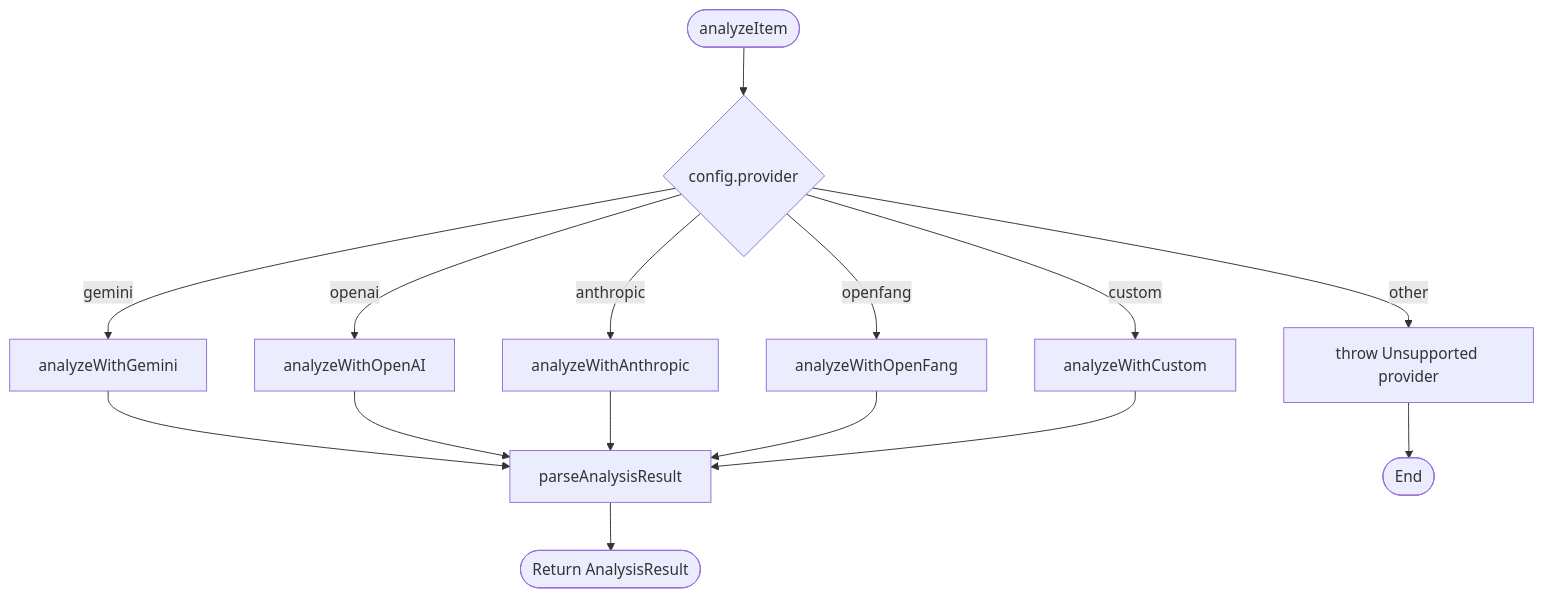
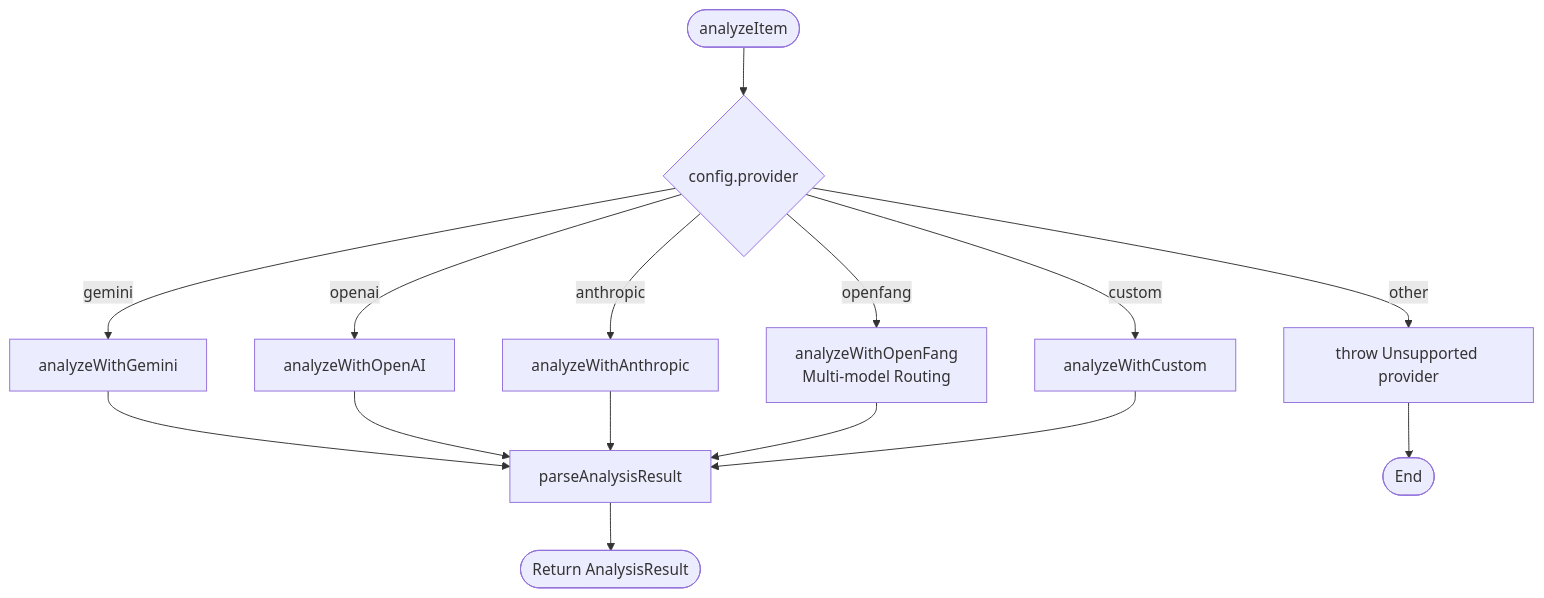
One commit to hunglevi87/Hidden-Gem changed the fourth of 12 diagrams in .qoder/repowiki/en/content/AI Integration/AI Provider System.md. Above: the diagram before and after it, drawn with Mermaid. The commit also changed other lines of this file and 5 other files, not shown here.

First line of the commit message:
feat(openfang): enhance AI provider with multi-model routing and fallback

````diff
--- a/.qoder/repowiki/en/content/AI Integration/AI Provider System.md
+++ b/.qoder/repowiki/en/content/AI Integration/AI Provider System.md
@@ -192,17 +198,17 @@
 ```mermaid
 flowchart TD
 Start([analyzeItem]) --> CheckProvider{"config.provider"}
 CheckProvider --> |gemini| CallGemini["analyzeWithGemini"]
 CheckProvider --> |openai| CallOpenAI["analyzeWithOpenAI"]
 CheckProvider --> |anthropic| CallAnthropic["analyzeWithAnthropic"]
-CheckProvider --> |openfang| CallOpenFang["analyzeWithOpenFang"]
+CheckProvider --> |openfang| CallOpenFang["analyzeWithOpenFang<br/>Multi-model Routing"]
 CheckProvider --> |custom| CallCustom["analyzeWithCustom"]
 CheckProvider --> |other| ThrowError["throw Unsupported provider"]
 CallGemini --> Parse["parseAnalysisResult"]
 CallOpenAI --> Parse
 CallAnthropic --> Parse
 CallOpenFang --> Parse
 CallCustom --> Parse
 Parse --> Return([Return AnalysisResult])
 ThrowError --> End([End])
 ```
````
